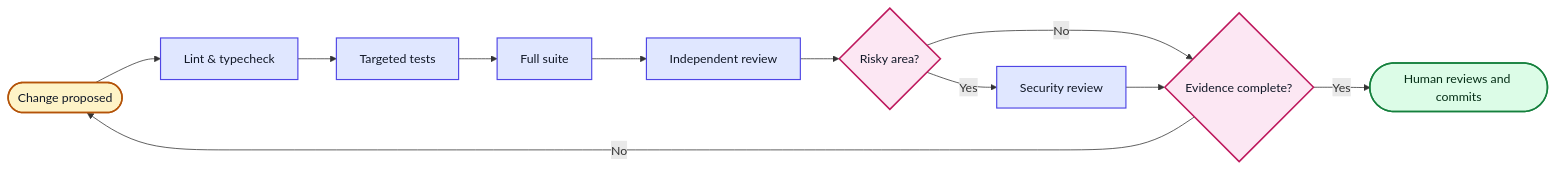
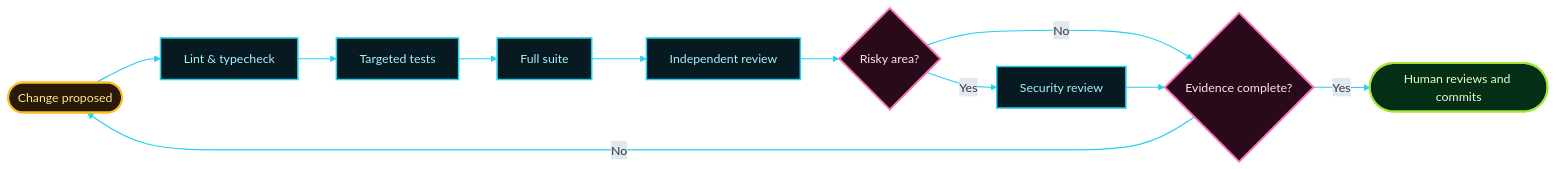
One commit to GabrielAlmeidaFlores/OPENCODE-TOOL-ENHANCER changed the sixth of 6 diagrams in README.md. Above: the diagram before and after it, drawn with Mermaid. The commit also changed other lines of this file and 1 other file, not shown here.

Commit message:
docs: apply shared neon palette to all Mermaid diagrams

````diff
--- a/README.md
+++ b/README.md
@@ -413,22 +432,24 @@
 ```mermaid
+%%{init: {"theme":"base","themeVariables":{"fontFamily":"Inter, system-ui, sans-serif","lineColor":"#22D3EE","edgeLabelBackground":"#E2E8F0"}}}%%
 flowchart LR
     CHANGE([Change proposed]) --> L[Lint & typecheck]
     L --> T[Targeted tests]
     T --> F[Full suite]
     F --> RV[Independent review]
     RV --> RISK{Risky area?}
     RISK -->|Yes| SEC[Security review]
     RISK -->|No| EVIDENCE{Evidence complete?}
     SEC --> EVIDENCE
     EVIDENCE -->|Yes| HUMAN([Human reviews and commits])
     EVIDENCE -->|No| CHANGE
 
-    classDef change fill:#FEF3C7,stroke:#B45309,stroke-width:2px,color:#111827
-    classDef step fill:#E0E7FF,stroke:#4F46E5,stroke-width:1.5px,color:#111827
-    classDef decision fill:#FCE7F3,stroke:#BE185D,stroke-width:2px,color:#111827
-    classDef done fill:#DCFCE7,stroke:#15803D,stroke-width:2px,color:#052E16
+    classDef change fill:#2A1A05,stroke:#FBBF24,stroke-width:2.5px,color:#FDE68A
+    classDef step fill:#071A22,stroke:#22D3EE,stroke-width:2px,color:#A5F3FC
+    classDef decision fill:#2A0A1A,stroke:#F472B6,stroke-width:2.5px,color:#FCE7F3
+    classDef done fill:#052E16,stroke:#A3E635,stroke-width:2.5px,color:#ECFCCB
     class CHANGE change
     class L,T,F,RV,SEC step
     class RISK,EVIDENCE decision
     class HUMAN done
+    linkStyle default stroke:#22D3EE,stroke-width:1.5px
 ```
````
